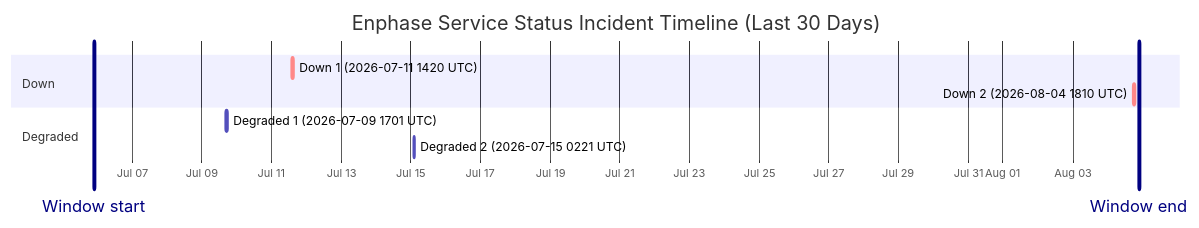
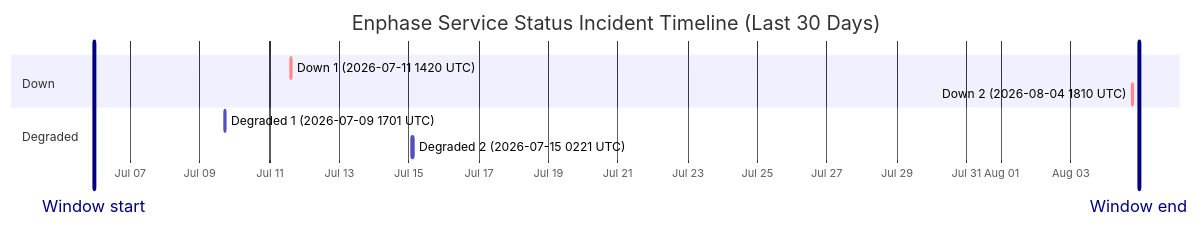
One commit to barneyonline/ha-enphase-energy changed the diagram in wiki/Service-Status-History.md. Above: the diagram before and after it, drawn with Mermaid. The commit also changed other lines of this file and 3 other files, not shown here.

````diff
--- a/wiki/Service-Status-History.md
+++ b/wiki/Service-Status-History.md
@@ -14,14 +14,14 @@
 ```mermaid
 gantt
     title Enphase Service Status Incident Timeline (Last 30 Days)
     dateFormat  YYYY-MM-DDTHH:mm:ss
     axisFormat  %b %d
-    Window start :vert, window-start, 2026-07-05T21:47:46, 0ms
-    Window end :vert, window-end, 2026-08-04T21:47:46, 0ms
+    Window start :vert, window-start, 2026-07-05T23:01:53, 0ms
+    Window end :vert, window-end, 2026-08-04T23:01:53, 0ms
     section Down
     Down 1 (2026-07-11 1420 UTC) :crit, down-1, 2026-07-11T14:20:54, 69m
     Down 2 (2026-08-04 1810 UTC) :crit, down-2, 2026-08-04T18:10:46, 60m
     section Degraded
     Degraded 1 (2026-07-09 1701 UTC) :active, degraded-1, 2026-07-09T17:01:02, 60m
     Degraded 2 (2026-07-15 0221 UTC) :active, degraded-2, 2026-07-15T02:21:35, 60m
 ```
````
